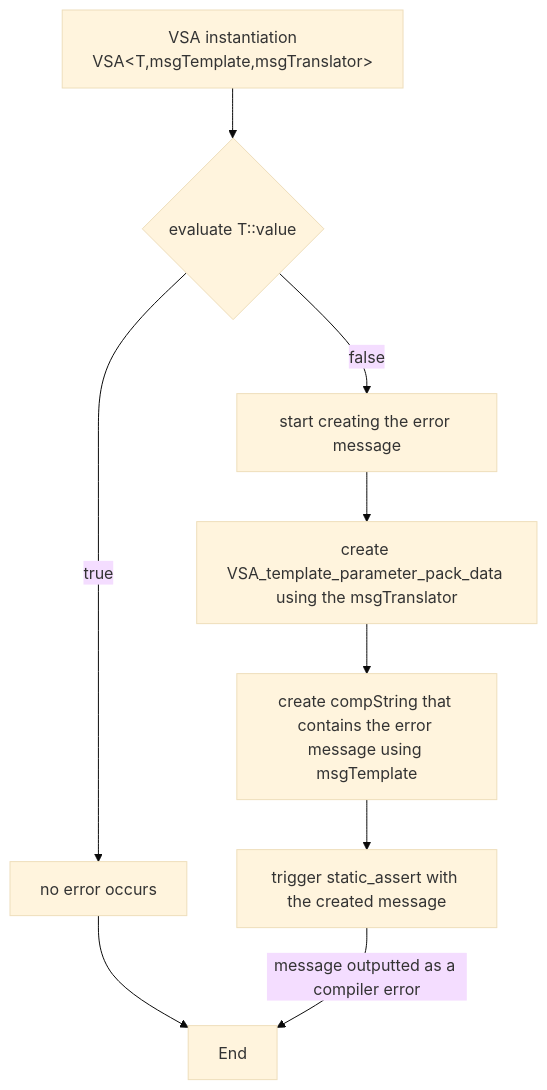
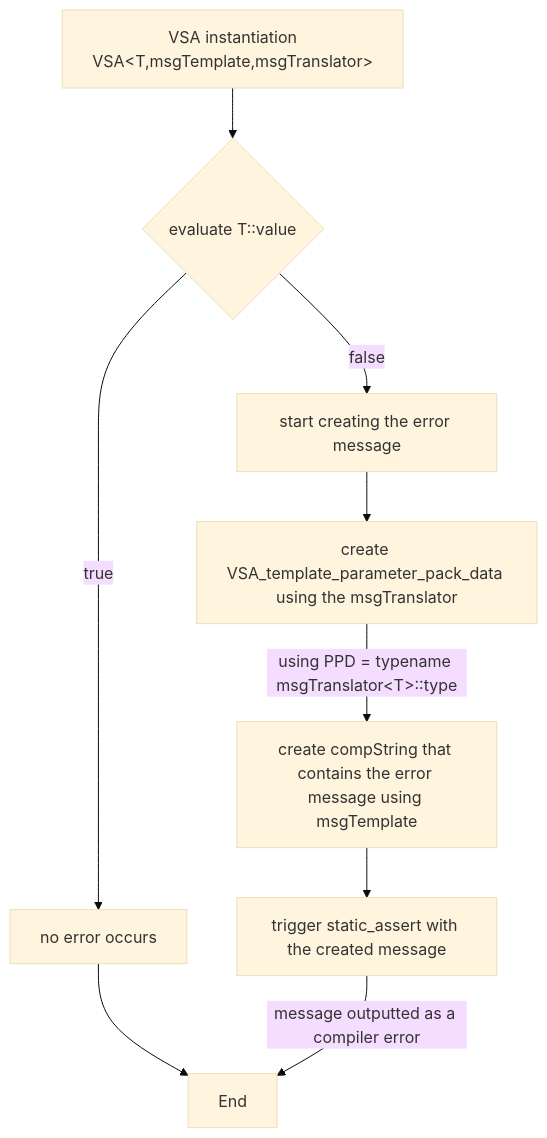
The diagram in docs/verbose static assert.md (Alexey-Saldyrkine/Compiletime-String-and-Verbose-Static-Assert), drawn with Mermaid (base theme) before and after one commit.

Commit message:
Update verbose static assert.md

````diff
--- a/docs/verbose static assert.md
+++ b/docs/verbose static assert.md
@@ -22,11 +22,11 @@
 ```mermaid
 flowchart TD
 	A["VSA instantiation<br>VSA&lt;T,msgTemplate,msgTranslator&gt;"] --> B{ evaluate T::value }
 	B -- true --> C[no error occurs]
 	C --> D[End]
 	B -- false --> E[start creating the error message]
 	E --> F[create VSA_template_parameter_pack_data using the msgTranslator]
-	F --> G[create compString that contains the error message using msgTemplate]
+	F -- using PPD = typename msgTranslator&lt;T&gt;::type--> G[create compString that contains the error message using msgTemplate]
 	G --> H[trigger static_assert with the created message]
 	H -- message outputted as a compiler error --> D[End]
 ```
````
